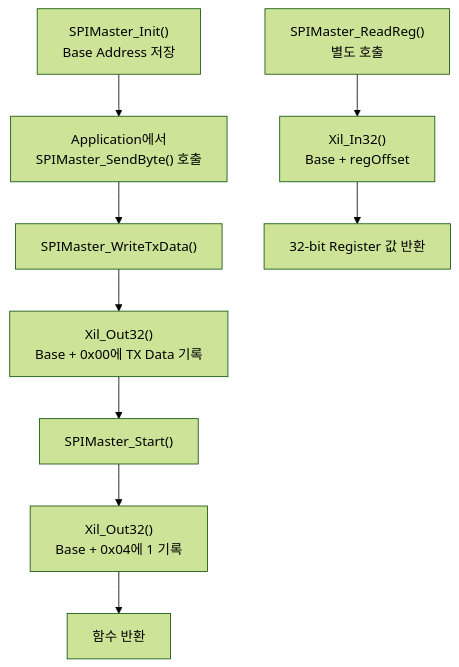
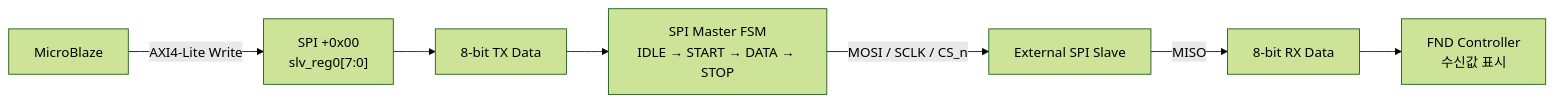
The first of 4 diagrams in 07-axi-peripheral-soc/README.md (chieftain4202/RTL-Verification-Projects), drawn with Mermaid (forest theme) before and after one commit. The commit also changed other lines of this file, not shown here.

````diff
--- a/07-axi-peripheral-soc/README.md
+++ b/07-axi-peripheral-soc/README.md
@@ -88,12 +62,9 @@
 ```mermaid
-flowchart TD
-    INIT["SPIMaster_Init()<br/>Base Address 저장"] --> CALL["Application에서<br/>SPIMaster_SendByte() 호출"]
-    CALL --> TX["SPIMaster_WriteTxData()"]
-    TX --> WRITE["Xil_Out32()<br/>Base + 0x00에 TX Data 기록"]
-    WRITE --> START["SPIMaster_Start()"]
-    START --> CONTROL["Xil_Out32()<br/>Base + 0x04에 1 기록"]
-    CONTROL --> RETURN["함수 반환"]
-
-    READ["SPIMaster_ReadReg()<br/>별도 호출"] --> MMIO["Xil_In32()<br/>Base + regOffset"]
-    MMIO --> VALUE["32-bit Register 값 반환"]
+flowchart LR
+    CPU["MicroBlaze"] -->|"AXI4-Lite Write"| REG0["SPI +0x00<br/>slv_reg0[7:0]"]
+    REG0 --> DATA["8-bit TX Data"]
+    DATA --> FSM["SPI Master FSM<br/>IDLE → START → DATA → STOP"]
+    FSM -->|"MOSI / SCLK / CS_n"| SLAVE["External SPI Slave"]
+    SLAVE -->|"MISO"| RX["8-bit RX Data"]
+    RX --> FND["FND Controller<br/>수신값 표시"]
 ```
````
